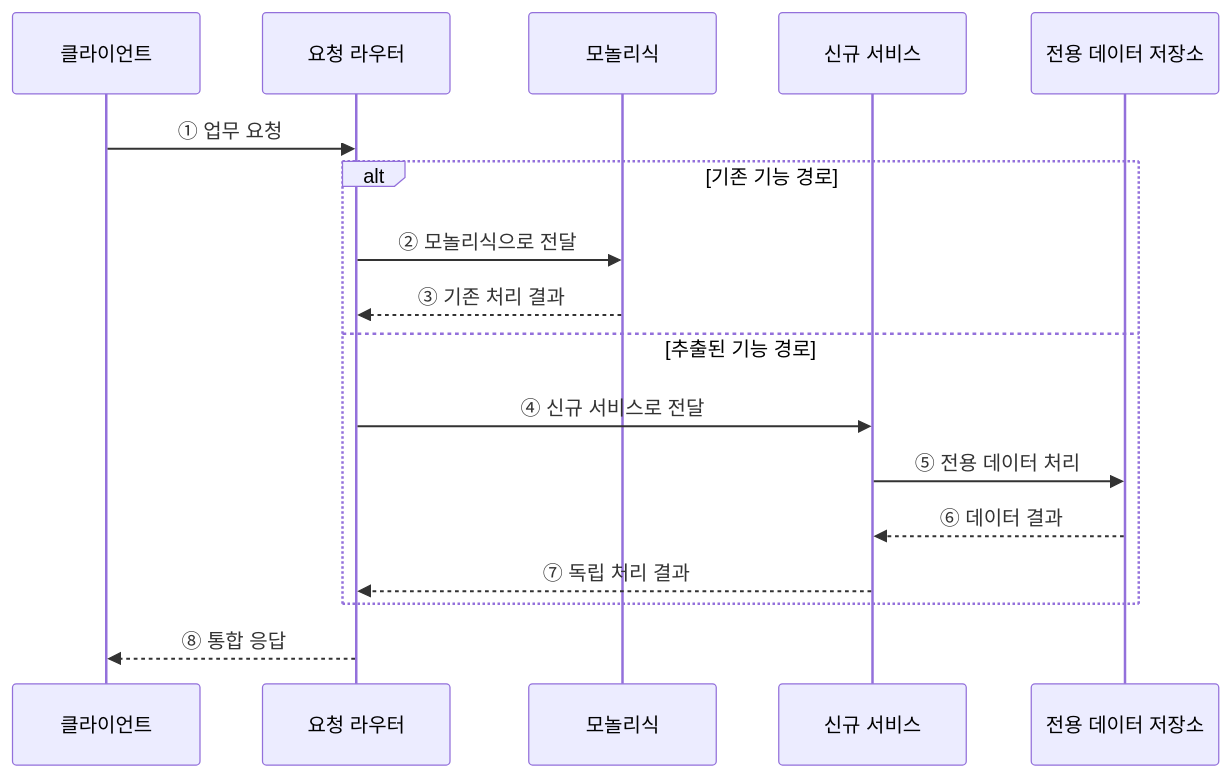
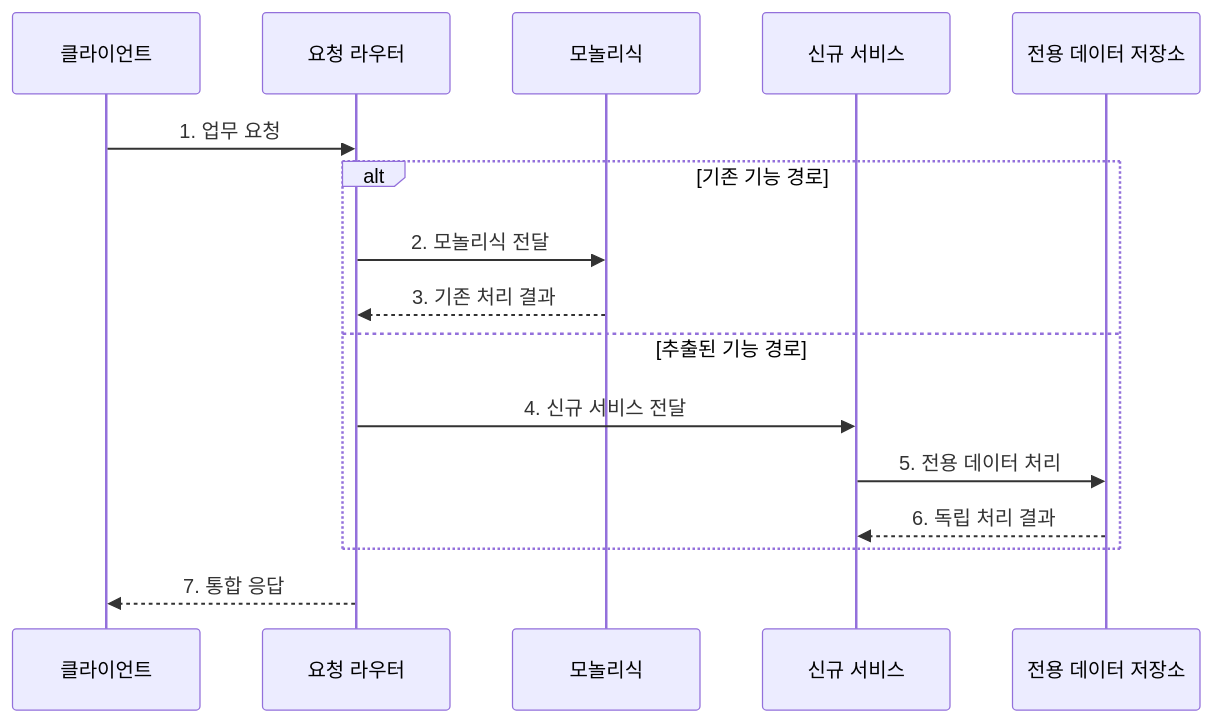
Before and after one commit to agnusdei1207/knowledge-base: the second of 2 diagrams in src/content/docs/notes/03-software/051_monolith_vs_microservice.md, drawn with Mermaid. The commit also changed other lines of this file and 20 other files, not shown here.

````diff
--- a/src/content/docs/notes/03-software/051_monolith_vs_microservice.md
+++ b/src/content/docs/notes/03-software/051_monolith_vs_microservice.md
@@ -83,19 +86,18 @@
 ```mermaid
 sequenceDiagram
     participant C as 클라이언트
     participant R as 요청 라우터
     participant M as 모놀리식
     participant S as 신규 서비스
     participant D as 전용 데이터 저장소
-    C->>R: ① 업무 요청
+    C->>R: 1. 업무 요청
     alt 기존 기능 경로
-        R->>M: ② 모놀리식으로 전달
-        M-->>R: ③ 기존 처리 결과
+        R->>M: 2. 모놀리식 전달
+        M-->>R: 3. 기존 처리 결과
     else 추출된 기능 경로
-        R->>S: ④ 신규 서비스로 전달
-        S->>D: ⑤ 전용 데이터 처리
-        D-->>S: ⑥ 데이터 결과
-        S-->>R: ⑦ 독립 처리 결과
+        R->>S: 4. 신규 서비스 전달
+        S->>D: 5. 전용 데이터 처리
+        D-->>S: 6. 독립 처리 결과
     end
-    R-->>C: ⑧ 통합 응답
+    R-->>C: 7. 통합 응답
 ```
````
